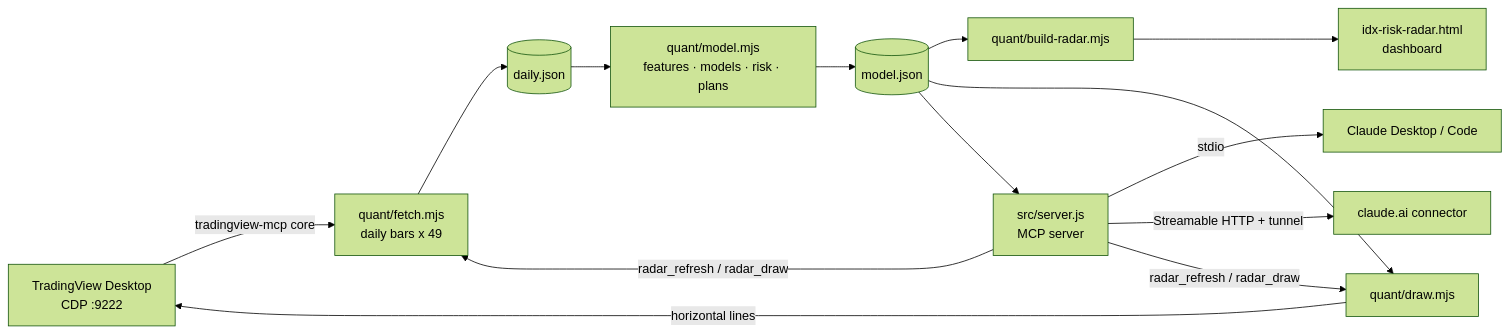
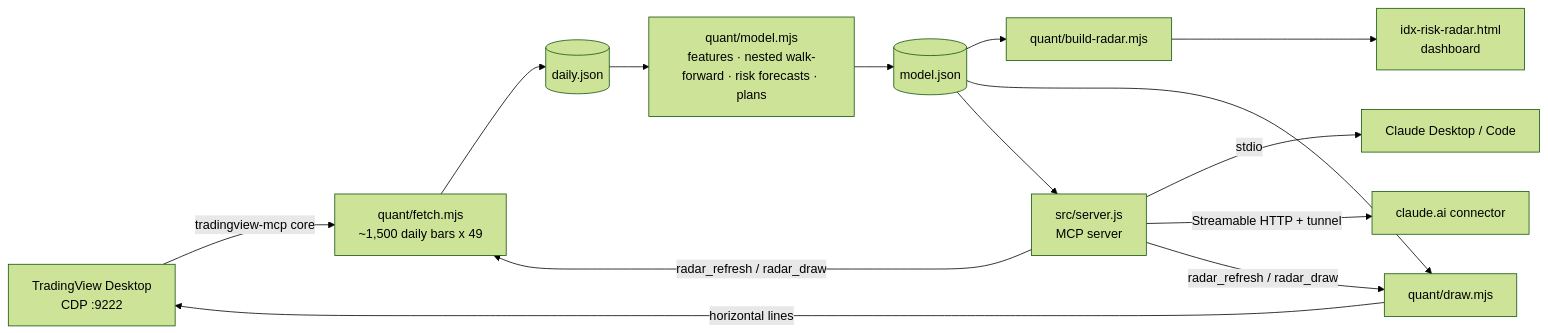
One commit to nopraalgusduri12-blip/idx-risk-radar changed the diagram in ARCHITECTURE.md. Above: the diagram before and after it, drawn with Mermaid (forest theme). The commit also changed other lines of this file and 7 other files, not shown here.

First line of the commit message:
Model v2: 6-year history, risk forecasts, nested walk-forward anti-overfitting

````diff
--- a/ARCHITECTURE.md
+++ b/ARCHITECTURE.md
@@ -3,13 +3,13 @@
 ```mermaid
 flowchart LR
-  TV[TradingView Desktop<br/>CDP :9222] -->|tradingview-mcp core| F[quant/fetch.mjs<br/>daily bars x 49]
+  TV[TradingView Desktop<br/>CDP :9222] -->|tradingview-mcp core| F[quant/fetch.mjs<br/>~1,500 daily bars x 49]
   F --> D[(daily.json)]
-  D --> M[quant/model.mjs<br/>features · models · risk · plans]
+  D --> M[quant/model.mjs<br/>features · nested walk-forward · risk forecasts · plans]
   M --> J[(model.json)]
   J --> B[quant/build-radar.mjs] --> H[idx-risk-radar.html<br/>dashboard]
   J --> DR[quant/draw.mjs] -->|horizontal lines| TV
   J --> S[src/server.js<br/>MCP server]
   S -->|stdio| CD[Claude Desktop / Code]
   S -->|Streamable HTTP + tunnel| CA[claude.ai connector]
   S -->|radar_refresh / radar_draw| F & DR
 ```
````
